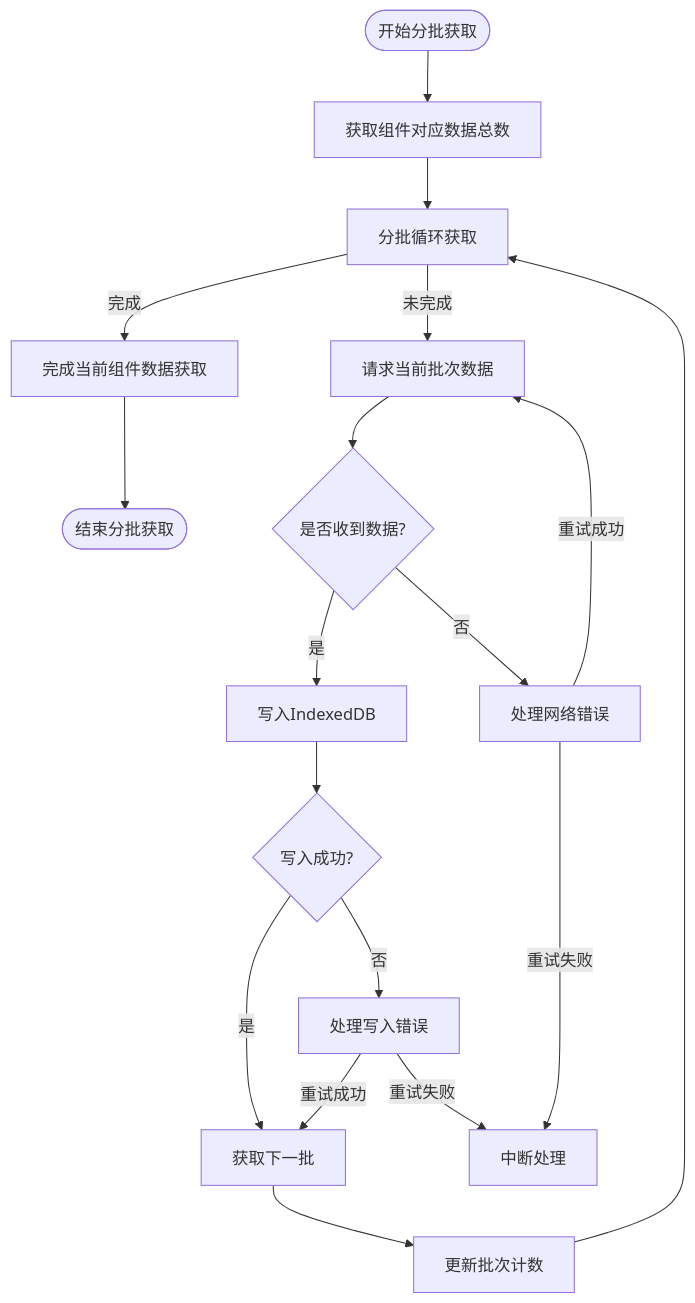
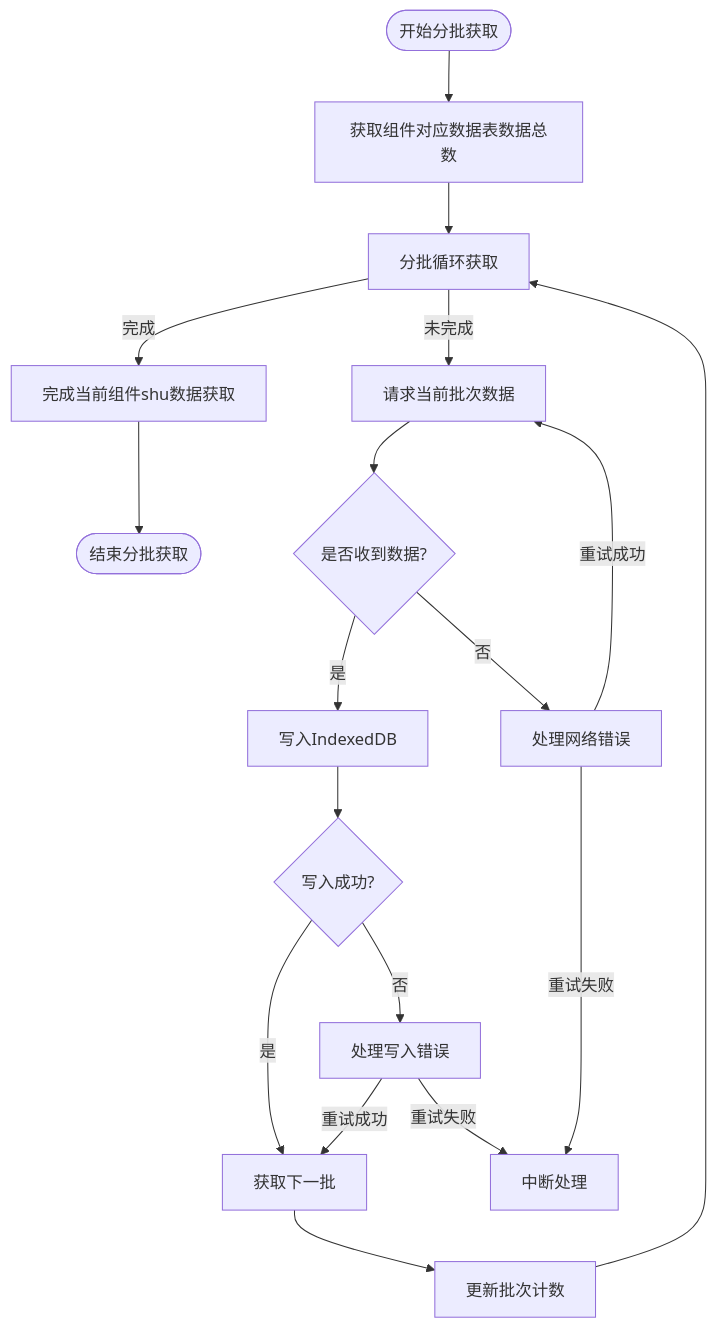
The diagram in all/未命名-56.md (yingjianzh/iodraw-files), drawn with Mermaid before and after one commit.

Commit message:
2025-05-12 10:24:23 update

````diff
--- a/all/未命名-56.md
+++ b/all/未命名-56.md
@@ -1,29 +1,29 @@
 ```mermaid
 
 flowchart TD
-    StartBatch([开始分批获取]) --> InitializeBatch[获取组件对应数据总数]
+    StartBatch([开始分批获取]) --> InitializeBatch[获取组件对应数据表数据总数]
     InitializeBatch --> CheckBatchSize[分批循环获取]
     
-    CheckBatchSize -->|完成| BatchComplete[完成当前组件数据获取]
+    CheckBatchSize -->|完成| BatchComplete[完成当前组件shu数据获取]
     
     CheckBatchSize -->|未完成| RequestBatch[请求当前批次数据]
     RequestBatch --> ReceiveBatch{是否收到数据?}
     
     ReceiveBatch -->|是| WriteToDB[写入IndexedDB]
     
     WriteToDB --> BatchSuccess{写入成功?}
     BatchSuccess -->|是| NextBatch[获取下一批]
     BatchSuccess -->|否| HandleError[处理写入错误]
     HandleError -->|重试成功| NextBatch
     HandleError -->|重试失败| AbortProcess[中断处理]
     
     ReceiveBatch -->|否| HandleNetworkError[处理网络错误]
     HandleNetworkError -->|重试成功| RequestBatch
     HandleNetworkError -->|重试失败| AbortProcess
     
     NextBatch --> IncrementBatch[更新批次计数]
     IncrementBatch --> CheckBatchSize
     
     BatchComplete --> EndBatch([结束分批获取])
 
 ```
````
